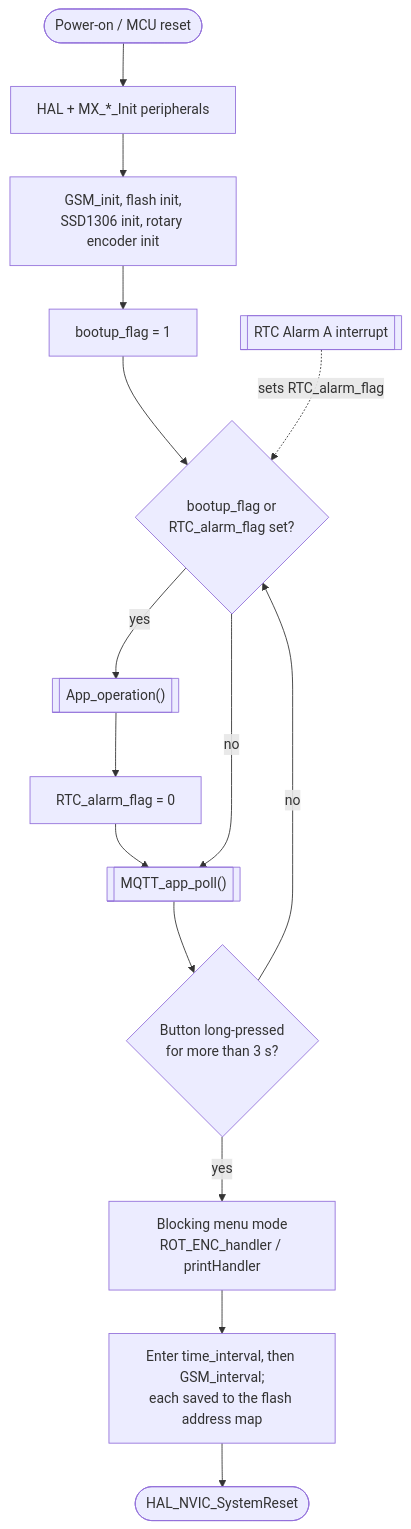
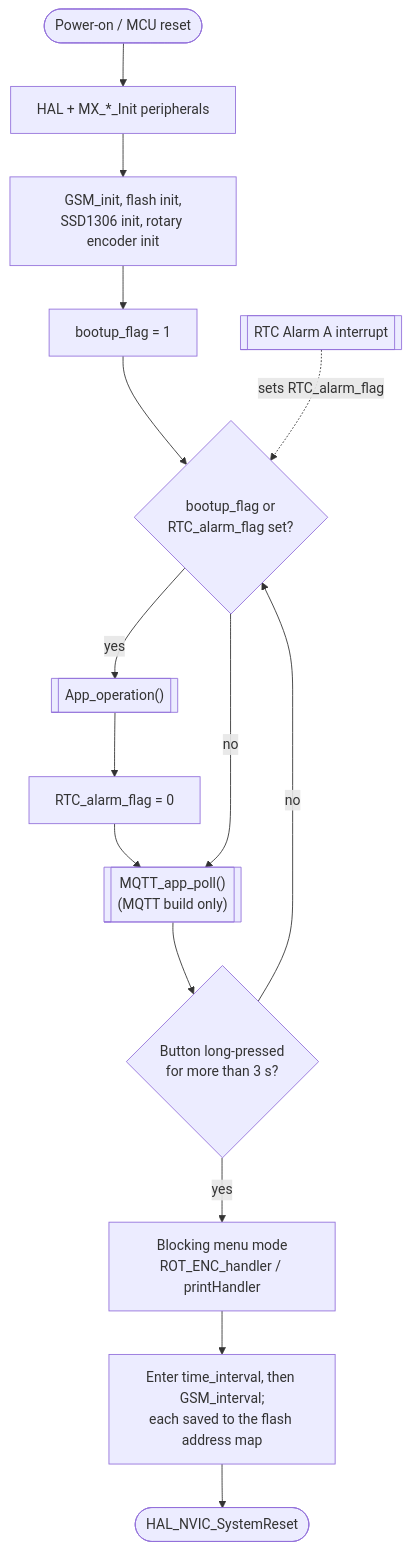
One commit to anushka-prajose-tih/Closed_Loop_Irrigation changed the second of 7 diagrams in README.md. Above: the diagram before and after it, drawn with Mermaid. The commit also changed other lines of this file and 1 other file, not shown here.

````diff
--- a/README.md
+++ b/README.md
@@ -162,17 +167,17 @@
 ```mermaid
 flowchart TD
     A([Power-on / MCU reset]) --> B["HAL + MX_*_Init peripherals"]
     B --> C["GSM_init, flash init,<br>SSD1306 init, rotary encoder init"]
     C --> D["bootup_flag = 1"]
     D --> L{"bootup_flag or<br>RTC_alarm_flag set?"}
     L -->|yes| APP[["App_operation()"]]
     APP --> CLR["RTC_alarm_flag = 0"]
     CLR --> P
-    L -->|no| P[["MQTT_app_poll()"]]
+    L -->|no| P[["MQTT_app_poll()<br>(MQTT build only)"]]
     P --> R{"Button long-pressed<br>for more than 3 s?"}
     R -->|no| L
     R -->|yes| MENU["Blocking menu mode<br>ROT_ENC_handler / printHandler"]
     MENU --> S["Enter time_interval, then GSM_interval;<br>each saved to the flash address map"]
     S --> RST([HAL_NVIC_SystemReset])
     IRQ[["RTC Alarm A interrupt"]] -. sets RTC_alarm_flag .-> L
 ```
````
